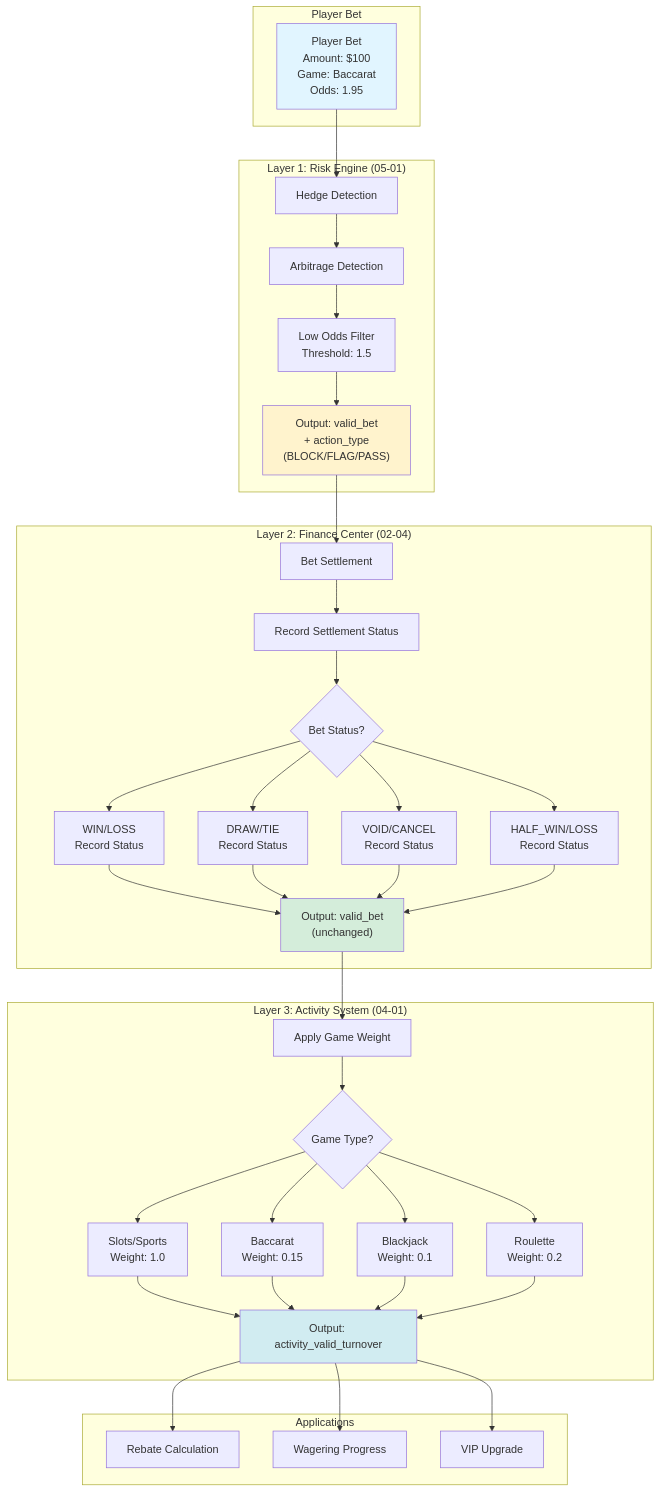
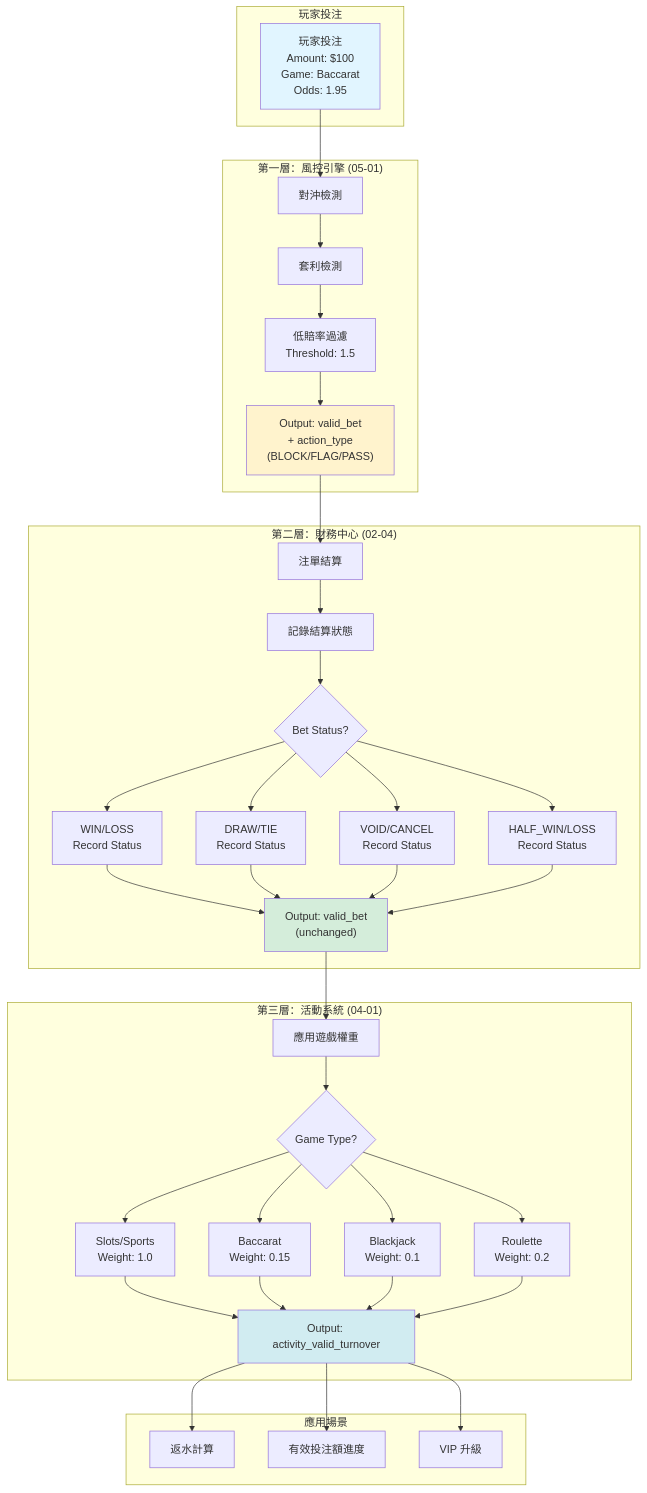
The first of 7 diagrams in docs/iGaming/architecture/03_Game_Integration/Turnover_Calculation_Logic.md (ron03wlb/smart-admin), drawn with Mermaid before and after one commit. The commit also changed other lines of this file and 4 other files, not shown here.

First line of the commit message:
docs(iGaming): translate Batch 20 — Game Integration/Activity Engine (5 files)

````diff
--- a/docs/iGaming/architecture/03_Game_Integration/Turnover_Calculation_Logic.md
+++ b/docs/iGaming/architecture/03_Game_Integration/Turnover_Calculation_Logic.md
@@ -28,74 +28,74 @@
 ```mermaid
 graph TB
-    subgraph "Player Bet"
-        A["Player Bet<br/>Amount: $100<br/>Game: Baccarat<br/>Odds: 1.95"]
+    subgraph "玩家投注"
+        A["玩家投注<br/>Amount: $100<br/>Game: Baccarat<br/>Odds: 1.95"]
     end
 
-    subgraph "Layer 1: Risk Engine (05-01)"
-        B["Hedge Detection"]
-        C["Arbitrage Detection"]
-        D["Low Odds Filter<br/>Threshold: 1.5"]
+    subgraph "第一層：風控引擎 (05-01)"
+        B["對沖檢測"]
+        C["套利檢測"]
+        D["低賠率過濾<br/>Threshold: 1.5"]
         E["Output: valid_bet<br/>+ action_type<br/>(BLOCK/FLAG/PASS)"]
     end
 
-    subgraph "Layer 2: Finance Center (02-04)"
-        F["Bet Settlement"]
-        G["Record Settlement Status"]
+    subgraph "第二層：財務中心 (02-04)"
+        F["注單結算"]
+        G["記錄結算狀態"]
         H{Bet Status?}
         I["WIN/LOSS<br/>Record Status"]
         J["DRAW/TIE<br/>Record Status"]
         K["VOID/CANCEL<br/>Record Status"]
         L["HALF_WIN/LOSS<br/>Record Status"]
         M["Output: valid_bet<br/>(unchanged)"]
     end
 
-    subgraph "Layer 3: Activity System (04-01)"
-        N["Apply Game Weight"]
+    subgraph "第三層：活動系統 (04-01)"
+        N["應用遊戲權重"]
         O{Game Type?}
         P["Slots/Sports<br/>Weight: 1.0"]
         Q["Baccarat<br/>Weight: 0.15"]
         R["Blackjack<br/>Weight: 0.1"]
         S["Roulette<br/>Weight: 0.2"]
         T["Output: activity_valid_turnover"]
     end
 
-    subgraph "Applications"
-        U["Rebate Calculation"]
-        V["Wagering Progress"]
-        W["VIP Upgrade"]
+    subgraph "應用場景"
+        U["返水計算"]
+        V["有效投注額進度"]
+        W["VIP 升級"]
     end
 
     A --> B
     B --> C
     C --> D
     D --> E
     E --> F
     F --> G
     G --> H
     H --> I
     H --> J
     H --> K
     H --> L
     I --> M
     J --> M
     K --> M
     L --> M
     M --> N
     N --> O
     O --> P
     O --> Q
     O --> R
     O --> S
     P --> T
     Q --> T
     R --> T
     S --> T
     T --> U
     T --> V
     T --> W
 
     style A fill:#e1f5ff
     style E fill:#fff3cd
     style M fill:#d4edda
     style T fill:#d1ecf1
 ```
````
